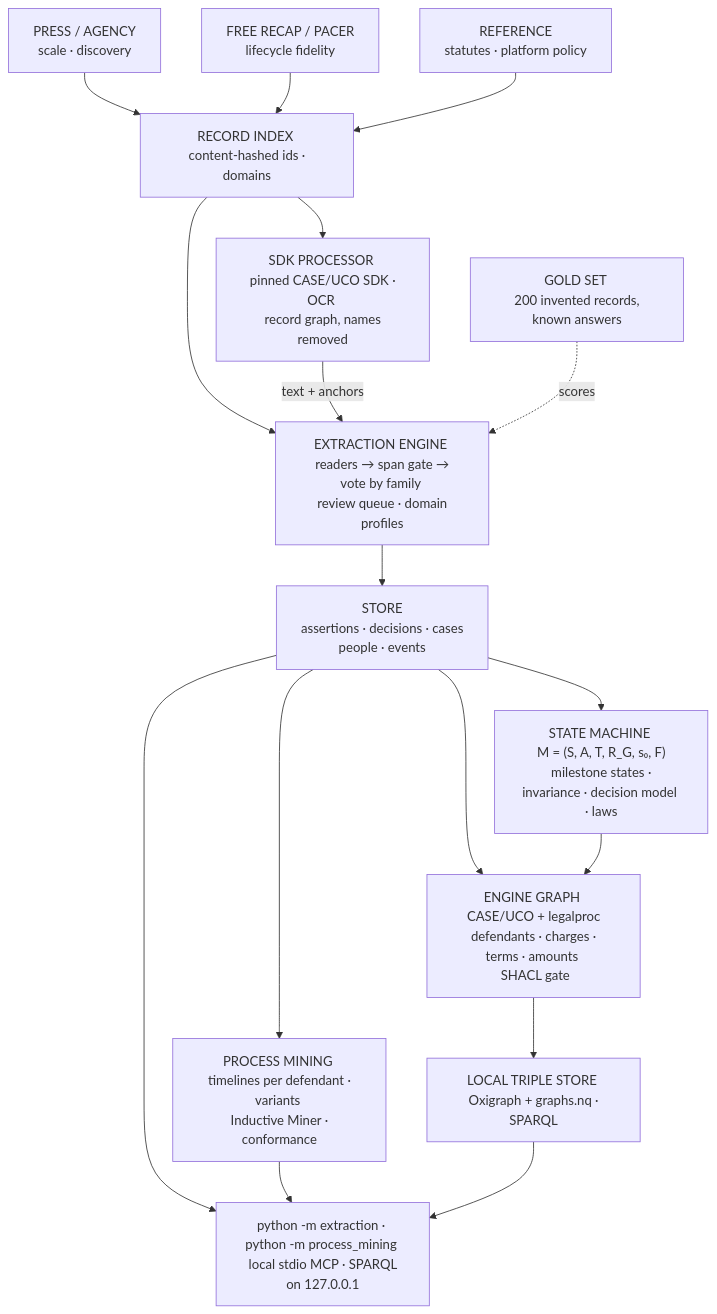
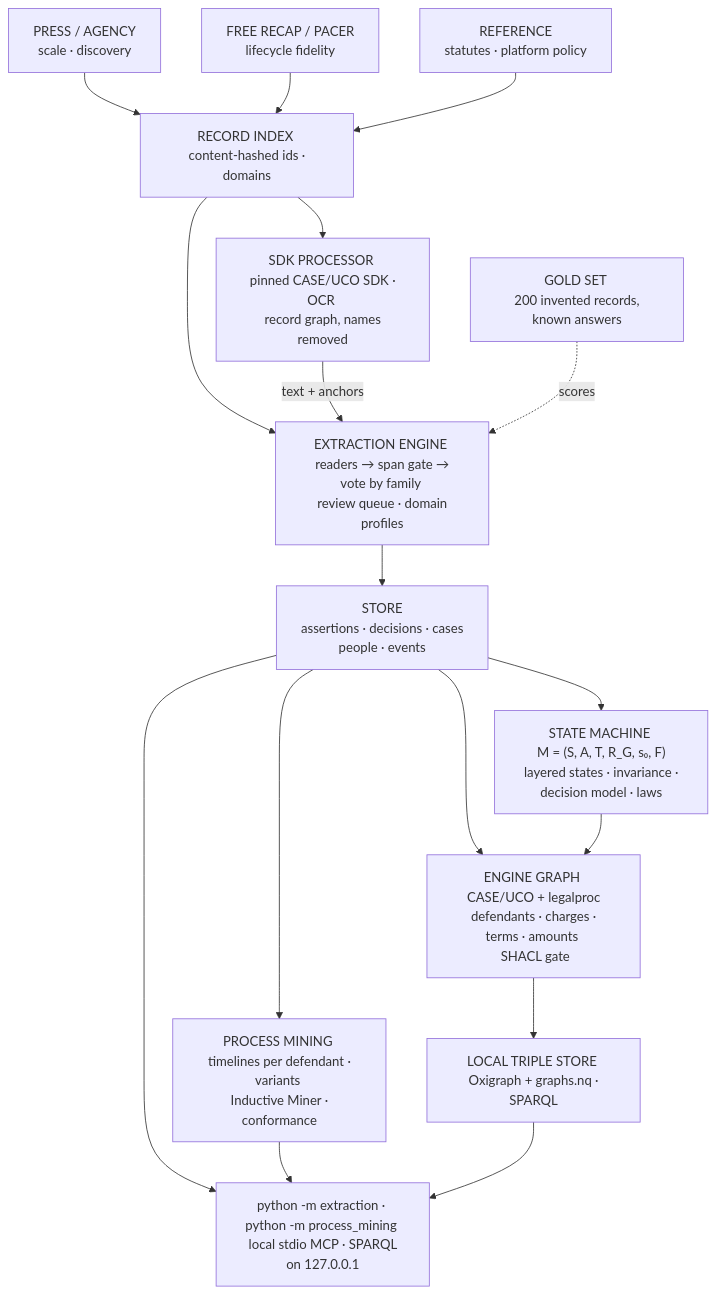
One commit to mrinaalr/CaseNoesis changed the diagram in README.md. Above: the diagram before and after it, drawn with Mermaid. The commit also changed other lines of this file and 25 other files, not shown here.

First line of the commit message:
state machine: states as data in layers, a crosswalk from the SDK alphabets, readers for any source

````diff
--- a/README.md
+++ b/README.md
@@ -32,27 +32,27 @@
 ```mermaid
 flowchart TD
     P["PRESS / AGENCY <br/> scale · discovery"]
     C["FREE RECAP / PACER <br/> lifecycle fidelity"]
     F["REFERENCE <br/> statutes · platform policy"]
 
     P --> IDX["RECORD INDEX <br/> content-hashed ids · domains"]
     C --> IDX
     F --> IDX
 
     IDX --> SDK["SDK PROCESSOR <br/> pinned CASE/UCO SDK · OCR <br/> record graph, names removed"]
     IDX --> ENG
     SDK -->|"text + anchors"| ENG["EXTRACTION ENGINE <br/> readers → span gate → vote by family <br/> review queue · domain profiles"]
 
     ENG --> STORE["STORE <br/> assertions · decisions · cases <br/> people · events"]
     STORE --> PM["PROCESS MINING <br/> timelines per defendant · variants <br/> Inductive Miner · conformance"]
     GOLD["GOLD SET <br/> 200 invented records, known answers"] -.->|"scores"| ENG
     STORE --> KG["ENGINE GRAPH <br/> CASE/UCO + legalproc <br/> defendants · charges · terms · amounts <br/> SHACL gate"]
 
-    STORE --> ESM["STATE MACHINE <br/> M = (S, A, T, R_G, s₀, F) <br/> milestone states · invariance · decision model · laws"]
+    STORE --> ESM["STATE MACHINE <br/> M = (S, A, T, R_G, s₀, F) <br/> layered states · invariance · decision model · laws"]
     ESM --> KG
 
     KG --> OX["LOCAL TRIPLE STORE <br/> Oxigraph + graphs.nq · SPARQL"]
     STORE --> API["python -m extraction · python -m process_mining <br/> local stdio MCP · SPARQL on 127.0.0.1"]
     PM --> API
     OX --> API
 ```
````
